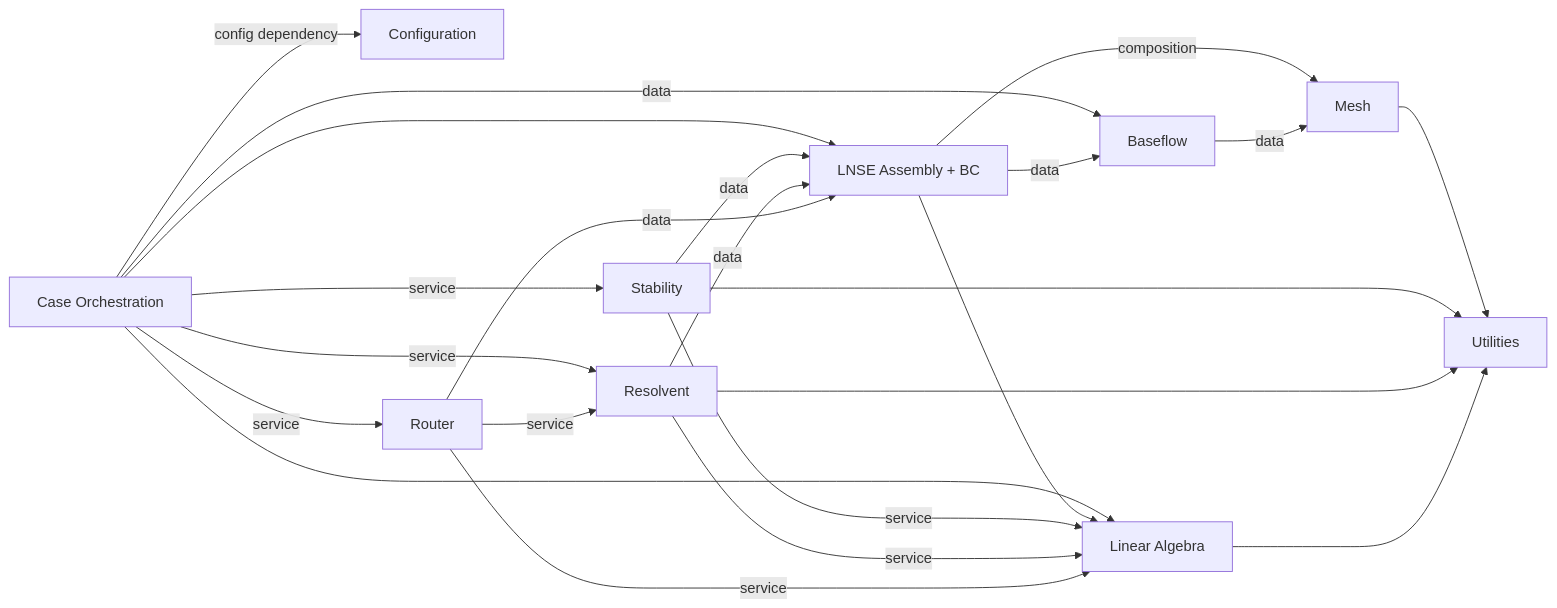
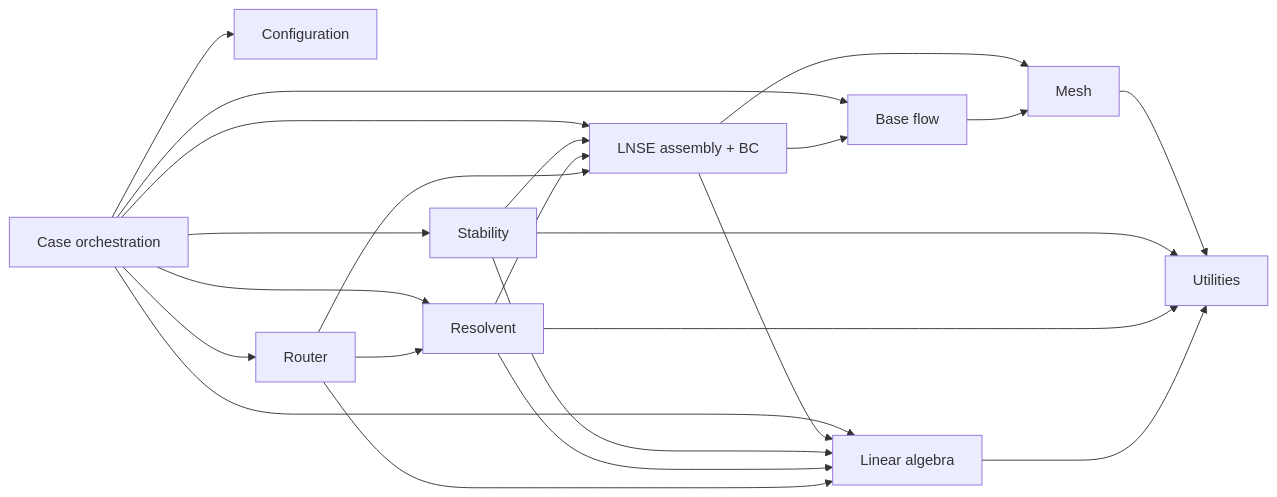
Before and after one commit to openfluids/linstabpy: the first of 3 diagrams in wiki/architecture.md, drawn with Mermaid. The commit also changed other lines of this file and 7 other files, not shown here.

First line of the commit message:
Docs: one Architecture page replaces overview, workflow and docs/architecture

````diff
--- a/wiki/architecture.md
+++ b/wiki/architecture.md
@@ -283,39 +77,36 @@
 ```mermaid
 flowchart LR
-  CO["Case Orchestration"]
+  CO["Case orchestration"]
   CM["Configuration"]
-  BM["Baseflow"]
+  BM["Base flow"]
   MD["Mesh"]
-  OA["LNSE Assembly + BC"]
+  OA["LNSE assembly + BC"]
   SA["Stability"]
   RA["Resolvent"]
   RR["Router"]
-  LI["Linear Algebra"]
+  LI["Linear algebra"]
   UT["Utilities"]
 
-  CO -->|"config dependency"| CM
-  CO -->|"data"| BM
-  CO -->|"service"| SA
-  CO -->|"service"| RA
-  CO -->|"service"| RR
+  CO --> CM
+  CO --> BM
+  CO --> SA
+  CO --> RA
+  CO --> RR
   CO --> OA
   CO --> LI
-
-  OA -->|"composition"| MD
-  OA -->|"data"| BM
+  OA --> MD
+  OA --> BM
   OA --> LI
-
-  SA -->|"service"| LI
-  SA -->|"data"| OA
-  RA -->|"service"| LI
-  RA -->|"data"| OA
-  RR -->|"service"| RA
-  RR -->|"service"| LI
-  RR -->|"data"| OA
-
-  BM -->|"data"| MD
+  SA --> LI
+  SA --> OA
+  RA --> LI
+  RA --> OA
+  RR --> RA
+  RR --> LI
+  RR --> OA
+  BM --> MD
   MD --> UT
   SA --> UT
   RA --> UT
   LI --> UT
 ```
````
